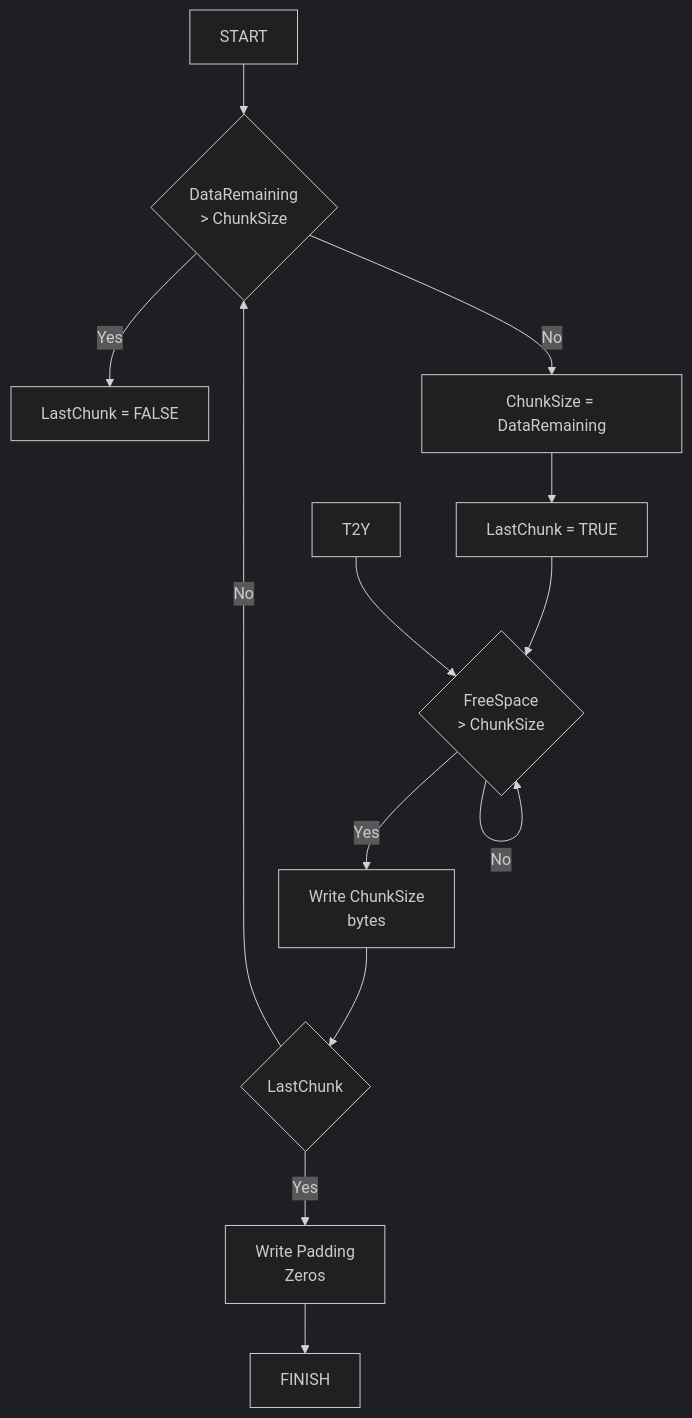
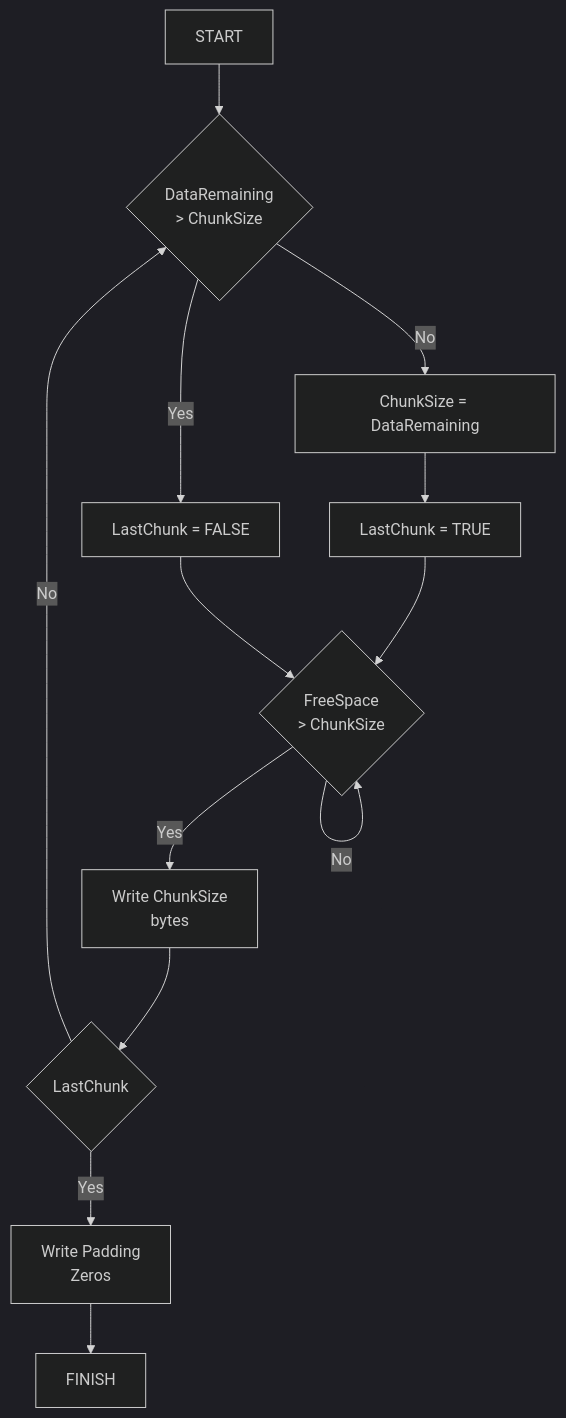
Before and after one commit to Bridgetek/Eve-MCU-Dev: diagram 13 of 13 in README.md, drawn with Mermaid (dark theme).

Commit message:
Small mod to flowchart

````diff
--- a/README.md
+++ b/README.md
@@ -2153,35 +2153,34 @@
 ```mermaid
 flowchart
     START
     START --> COND1
     
     COND1{DataRemaining \n> ChunkSize}
 
     T1Y[LastChunk = FALSE]
 
     COND1 --> |Yes| T1Y
 
     T1N[ChunkSize = DataRemaining]
     T2N[LastChunk = TRUE]
     COND1 -->|No| T1N
     T1N --> T2N
-
     T2N --> COND2
-    T2Y --> COND2
+    T1Y --> COND2
     
     COND2{FreeSpace \n> ChunkSize}
     COND2 -->|No| COND2
     COND2 -->|Yes| W1Y
 
     W1Y[Write ChunkSize \nbytes]
     W1Y --> COND3
 
     COND3{LastChunk}
     COND3 -->|No| COND1
     COND3 -->|Yes| WSP
 
     WSP[Write Padding \nZeros]
     WSP --> FINISH
 
     FINISH
 ```
````
